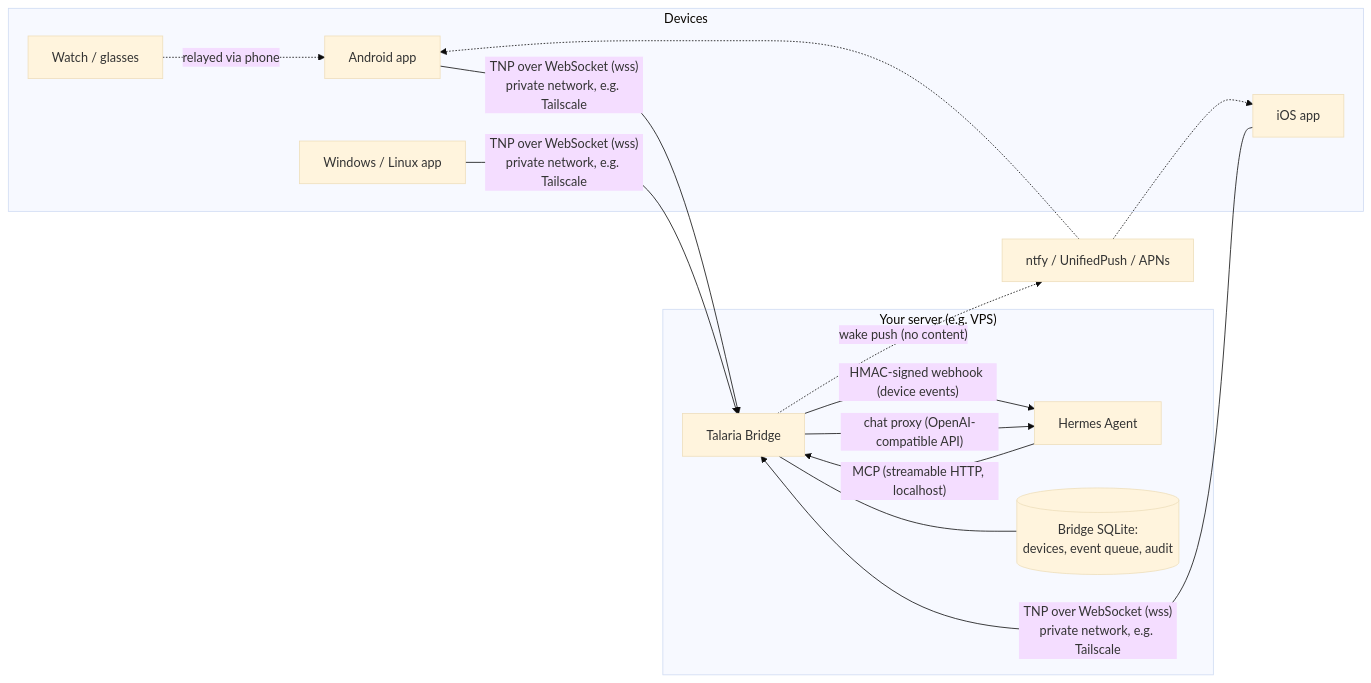
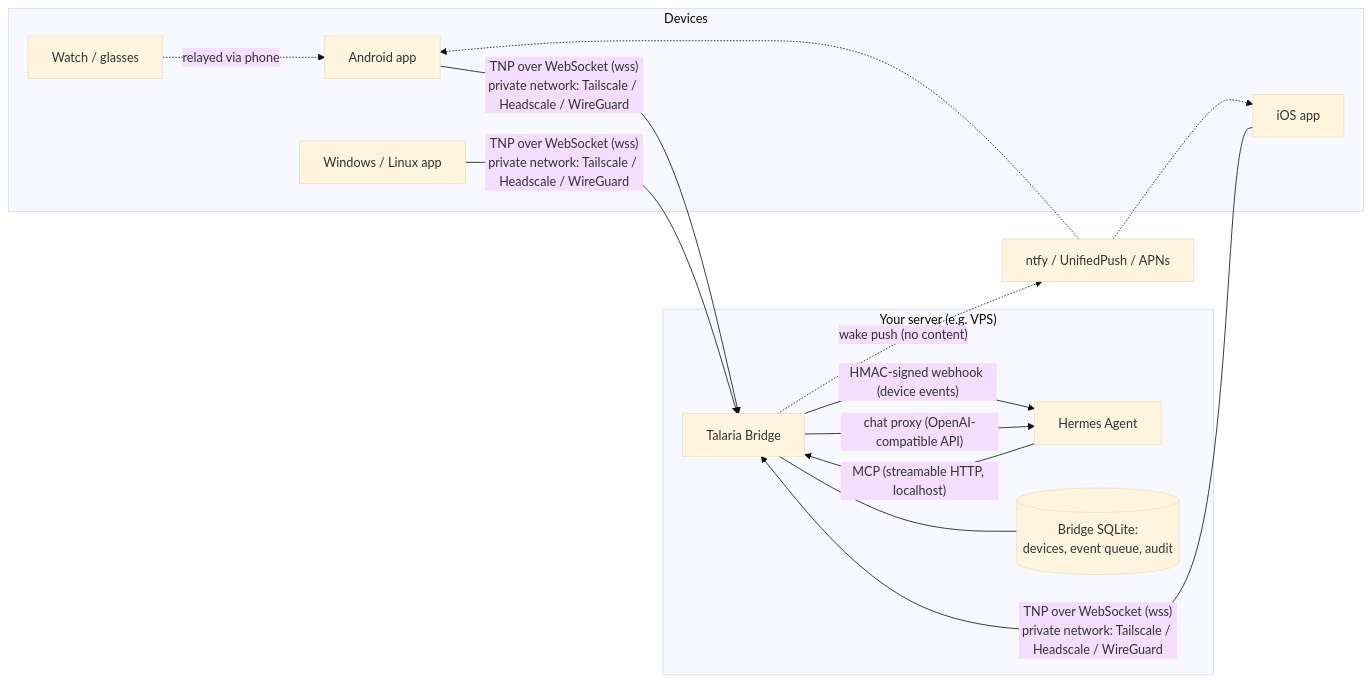
Before and after one commit to meepdong/talaria: the first of 7 diagrams in docs/ARCHITECTURE.md, drawn with Mermaid (base theme). The commit also changed other lines of this file and 1 other file, not shown here.

````diff
--- a/docs/ARCHITECTURE.md
+++ b/docs/ARCHITECTURE.md
@@ -5,23 +5,23 @@
 ```mermaid
 flowchart LR
     subgraph Devices
         A[Android app]
         W[Windows / Linux app]
         I[iOS app]
         G[Watch / glasses] -. relayed via phone .-> A
     end
 
     subgraph Server["Your server (e.g. VPS)"]
         B[Talaria Bridge]
         H[Hermes Agent]
         DB[(Bridge SQLite:<br/>devices, event queue, audit)]
         B --- DB
     end
 
-    A & W & I -- "TNP over WebSocket (wss)<br/>private network, e.g. Tailscale" --> B
+    A & W & I -- "TNP over WebSocket (wss)<br/>private network: Tailscale / Headscale / WireGuard" --> B
     H -- "MCP (streamable HTTP, localhost)" --> B
     B -- "HMAC-signed webhook (device events)" --> H
     B -- "chat proxy (OpenAI-compatible API)" --> H
     B -. "wake push (no content)" .-> P[ntfy / UnifiedPush / APNs]
     P -.-> A & I
 ```
````
